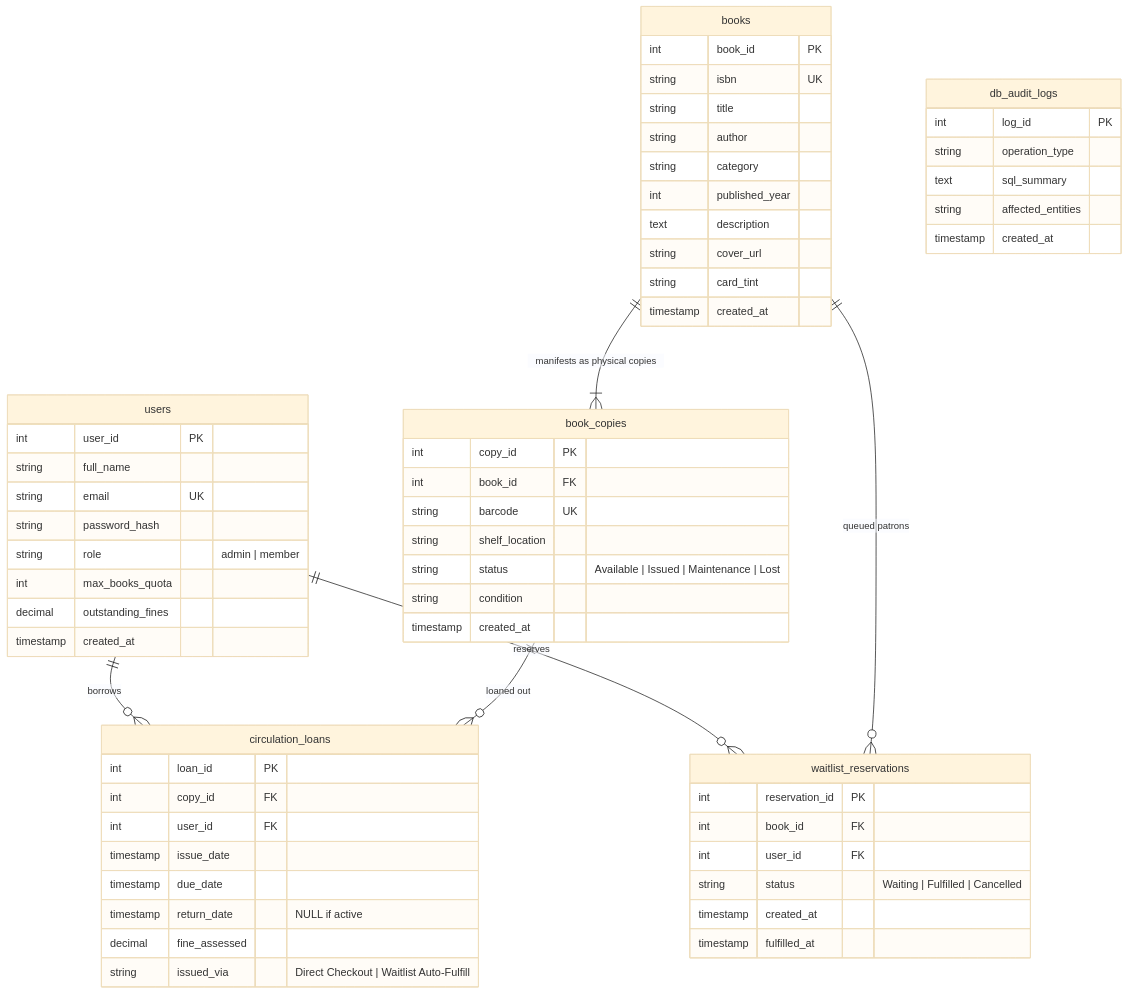
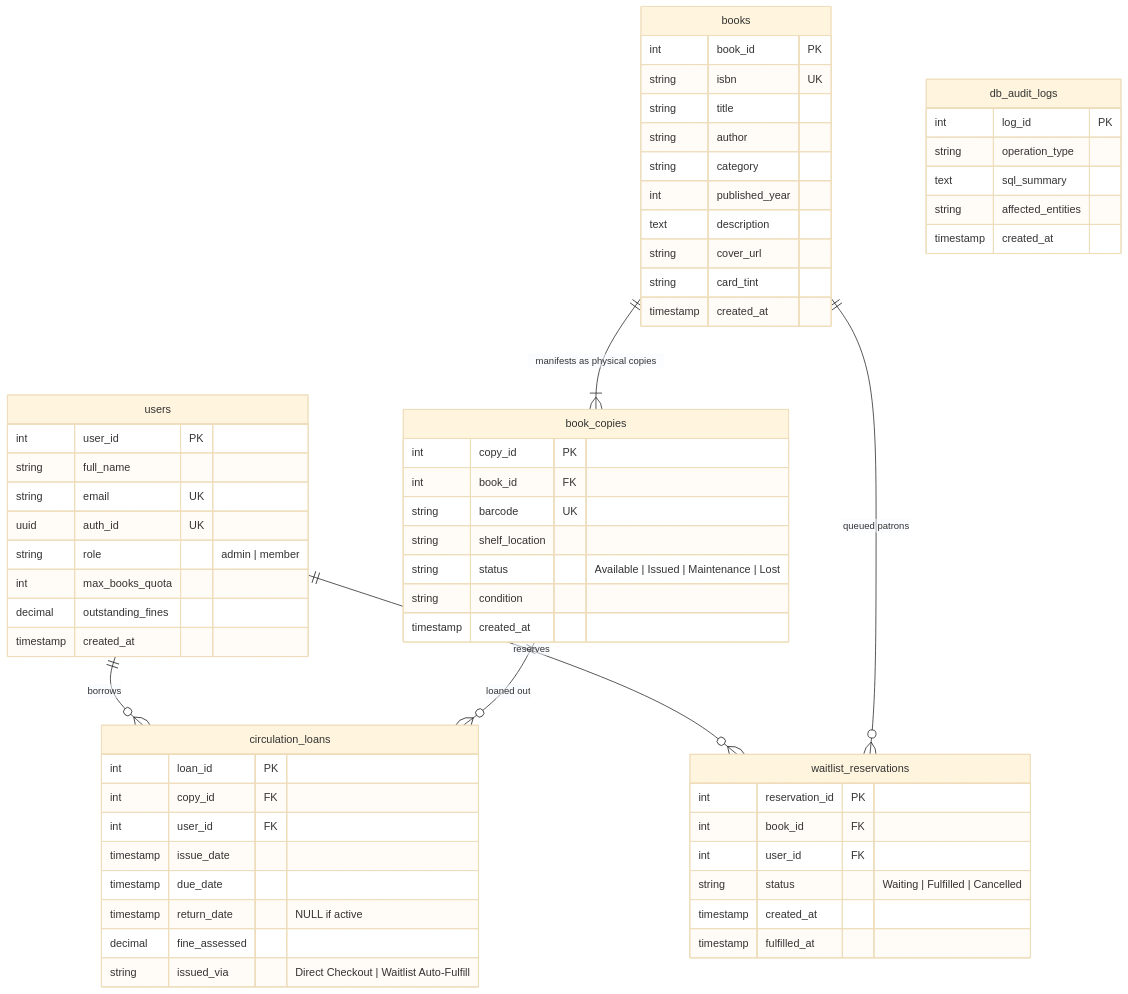
The diagram in README.md (TejasDubey009/BookBase), drawn with Mermaid (base theme) before and after one commit. The commit also changed other lines of this file and 82 other files, not shown here.

````diff
--- a/README.md
+++ b/README.md
@@ -76,70 +78,70 @@
 ```mermaid
 erDiagram
     users ||--o{ circulation_loans : "borrows"
     users ||--o{ waitlist_reservations : "reserves"
     books ||--|{ book_copies : "manifests as physical copies"
     books ||--o{ waitlist_reservations : "queued patrons"
     book_copies ||--o{ circulation_loans : "loaned out"
 
     users {
         int user_id PK
         string full_name
         string email UK
-        string password_hash
+        uuid auth_id UK
         string role "admin | member"
         int max_books_quota
         decimal outstanding_fines
         timestamp created_at
     }
 
     books {
         int book_id PK
         string isbn UK
         string title
         string author
         string category
         int published_year
         text description
         string cover_url
         string card_tint
         timestamp created_at
     }
 
     book_copies {
         int copy_id PK
         int book_id FK
         string barcode UK
         string shelf_location
         string status "Available | Issued | Maintenance | Lost"
         string condition
         timestamp created_at
     }
 
     circulation_loans {
         int loan_id PK
         int copy_id FK
         int user_id FK
         timestamp issue_date
         timestamp due_date
         timestamp return_date "NULL if active"
         decimal fine_assessed
         string issued_via "Direct Checkout | Waitlist Auto-Fulfill"
     }
 
     waitlist_reservations {
         int reservation_id PK
         int book_id FK
         int user_id FK
         string status "Waiting | Fulfilled | Cancelled"
         timestamp created_at
         timestamp fulfilled_at
     }
 
     db_audit_logs {
         int log_id PK
         string operation_type
         text sql_summary
         string affected_entities
         timestamp created_at
     }
 ```
````
